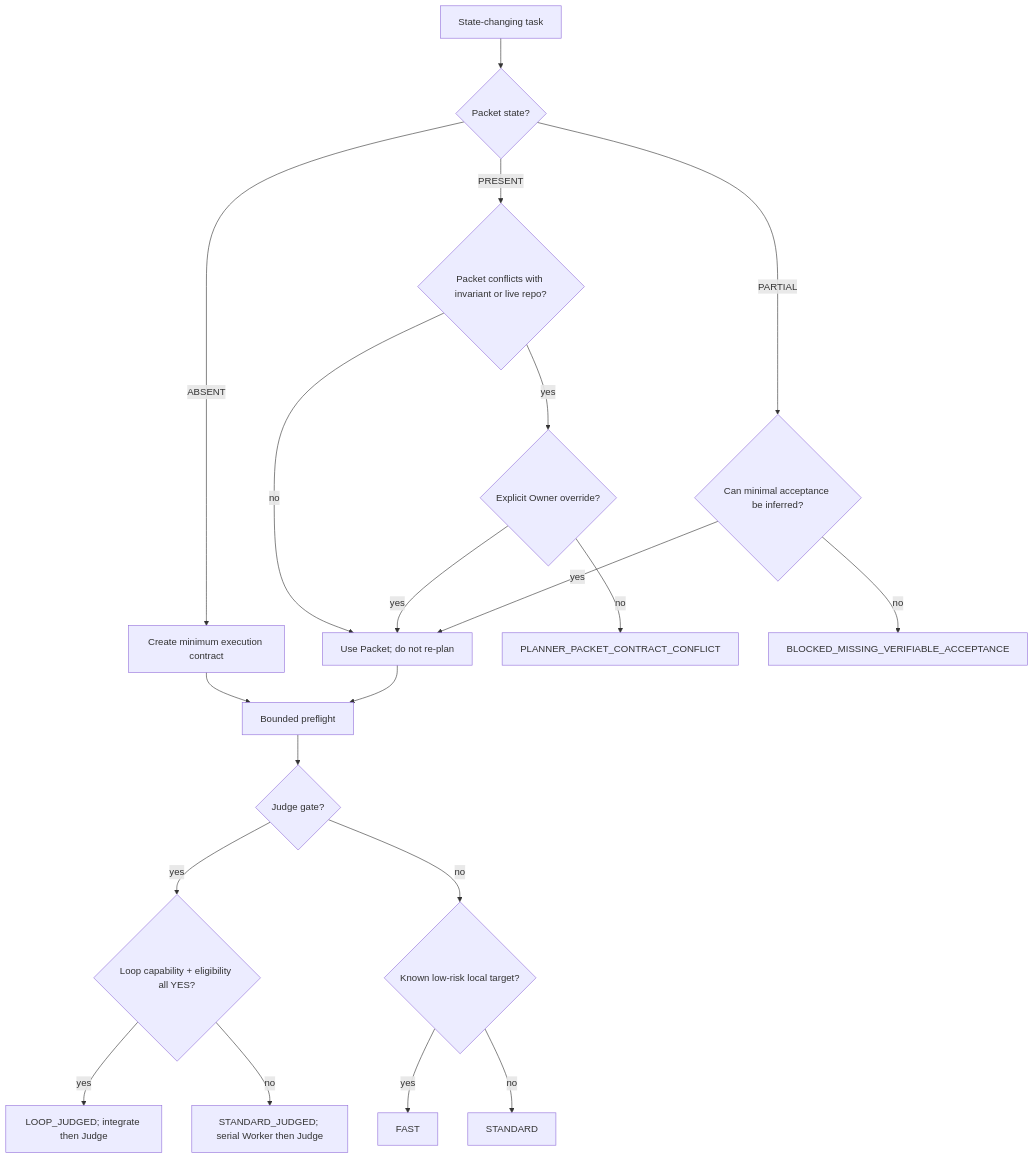
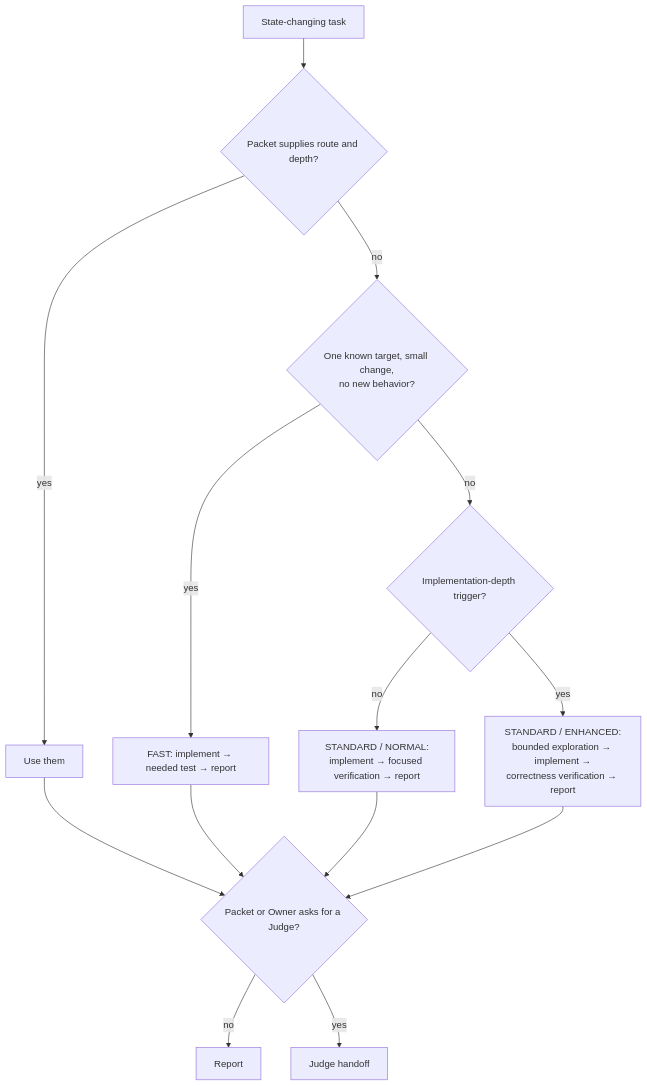
One commit to kelvinhuang0327/skill changed the second of 4 diagrams in fable-method/platforms/antigravity/fable-method/references/flowcharts.md. Above: the diagram before and after it, drawn with Mermaid. The commit also changed other lines of this file and 56 other files, not shown here.

````diff
--- a/fable-method/platforms/antigravity/fable-method/references/flowcharts.md
+++ b/fable-method/platforms/antigravity/fable-method/references/flowcharts.md
@@ -40,22 +29,16 @@
 ```mermaid
 flowchart TD
-    T["State-changing task"] --> PS{"Packet state?"}
-    PS -->|PRESENT| PC{"Packet conflicts with invariant or live repo?"}
-    PS -->|PARTIAL| AC{"Can minimal acceptance be inferred?"}
-    PS -->|ABSENT| CONTRACT["Create minimum execution contract"]
-    PC -->|no| KEEP["Use Packet; do not re-plan"]
-    PC -->|yes| OV{"Explicit Owner override?"}
-    OV -->|no| STOP["PLANNER_PACKET_CONTRACT_CONFLICT"]
-    OV -->|yes| KEEP
-    AC -->|no| BLOCK["BLOCKED_MISSING_VERIFIABLE_ACCEPTANCE"]
-    AC -->|yes| KEEP
-    CONTRACT --> PF["Bounded preflight"]
-    KEEP --> PF
-    PF --> JG{"Judge gate?"}
-    JG -->|yes| LOOPCAP{"Loop capability + eligibility all YES?"}
-    LOOPCAP -->|yes| LOOP["LOOP_JUDGED; integrate then Judge"]
-    LOOPCAP -->|no| STDJ["STANDARD_JUDGED; serial Worker then Judge"]
-    JG -->|no| LOCAL{"Known low-risk local target?"}
-    LOCAL -->|yes| FAST["FAST"]
-    LOCAL -->|no| STD["STANDARD"]
+    T["State-changing task"] --> PK{"Packet supplies route and depth?"}
+    PK -->|yes| USE["Use them"]
+    PK -->|no| SIMPLE{"One known target, small change,<br/>no new behavior?"}
+    SIMPLE -->|yes| FAST["FAST: implement → needed test → report"]
+    SIMPLE -->|no| HARD{"Implementation-depth trigger?"}
+    HARD -->|no| STD["STANDARD / NORMAL:<br/>implement → focused verification → report"]
+    HARD -->|yes| ENH["STANDARD / ENHANCED:<br/>bounded exploration → implement →<br/>correctness verification → report"]
+    USE --> JG{"Packet or Owner asks for a Judge?"}
+    FAST --> JG
+    STD --> JG
+    ENH --> JG
+    JG -->|no| DONE["Report"]
+    JG -->|yes| JUDGE["Judge handoff"]
 ```
````
